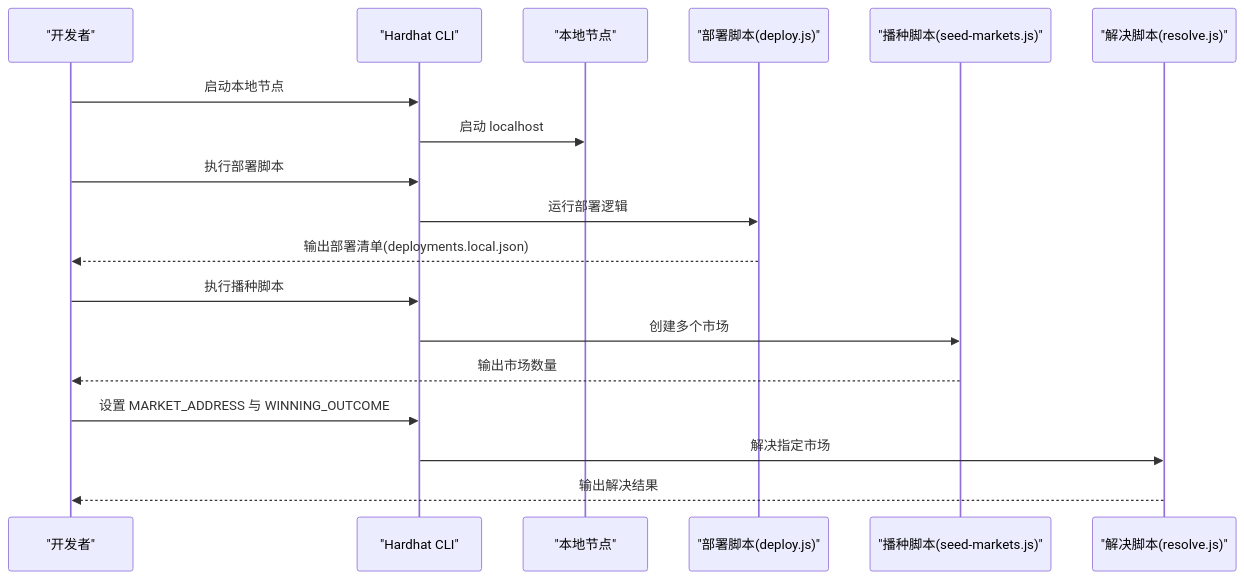
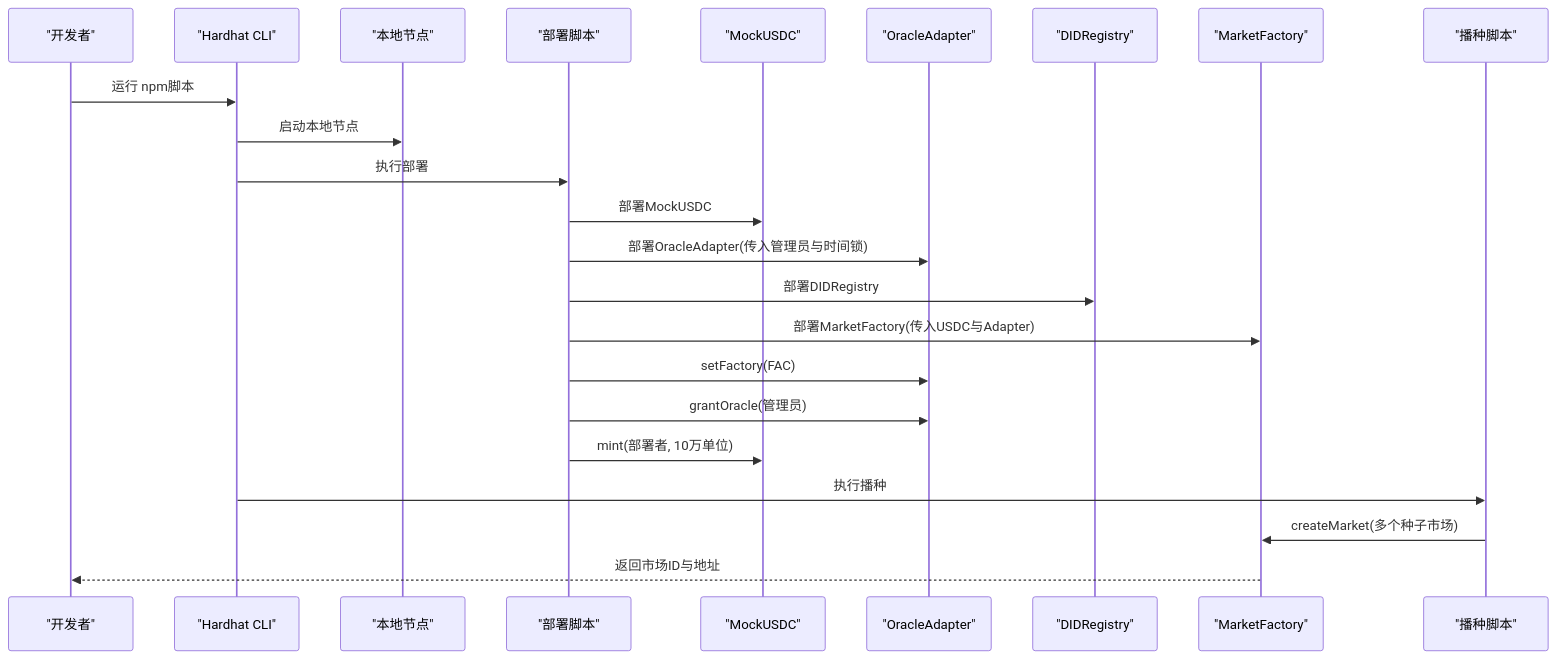
One commit to SimonHofman/PredictionDIDSimple changed the third of 8 diagrams in contracts/.qoder/repowiki/zh/content/快速开始.md. Above: the diagram before and after it, drawn with Mermaid. The commit also changed other lines of this file and 162 other files, not shown here.

````diff
--- a/contracts/.qoder/repowiki/zh/content/快速开始.md
+++ b/contracts/.qoder/repowiki/zh/content/快速开始.md
@@ -119,20 +122,25 @@
 ```mermaid
 sequenceDiagram
 participant Dev as "开发者"
 participant HH as "Hardhat CLI"
 participant Node as "本地节点"
-participant Deploy as "部署脚本(deploy.js)"
-participant Seed as "播种脚本(seed-markets.js)"
-participant Resolve as "解决脚本(resolve.js)"
-Dev->>HH : 启动本地节点
-HH->>Node : 启动 localhost
-Dev->>HH : 执行部署脚本
-HH->>Deploy : 运行部署逻辑
-Deploy-->>Dev : 输出部署清单(deployments.local.json)
-Dev->>HH : 执行播种脚本
-HH->>Seed : 创建多个市场
-Seed-->>Dev : 输出市场数量
-Dev->>HH : 设置 MARKET_ADDRESS 与 WINNING_OUTCOME
-HH->>Resolve : 解决指定市场
-Resolve-->>Dev : 输出解决结果
+participant Script as "部署脚本"
+participant USDC as "MockUSDC"
+participant AD as "OracleAdapter"
+participant REG as "DIDRegistry"
+participant FAC as "MarketFactory"
+participant Seed as "播种脚本"
+Dev->>HH : 运行 npm脚本
+HH->>Node : 启动本地节点
+HH->>Script : 执行部署
+Script->>USDC : 部署MockUSDC
+Script->>AD : 部署OracleAdapter(传入管理员与时间锁)
+Script->>REG : 部署DIDRegistry
+Script->>FAC : 部署MarketFactory(传入USDC与Adapter)
+Script->>AD : setFactory(FAC)
+Script->>AD : grantOracle(管理员)
+Script->>USDC : mint(部署者, 10万单位)
+HH->>Seed : 执行播种
+Seed->>FAC : createMarket(多个种子市场)
+FAC-->>Dev : 返回市场ID与地址
 ```
````
